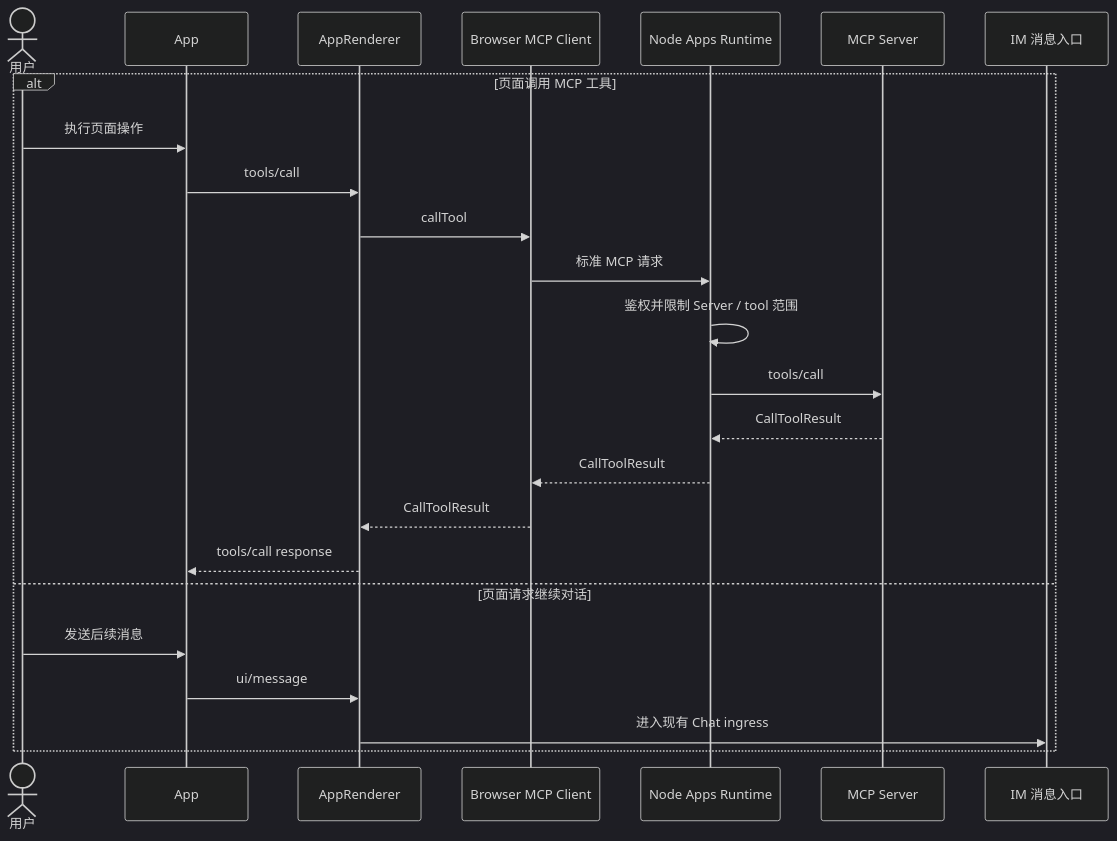
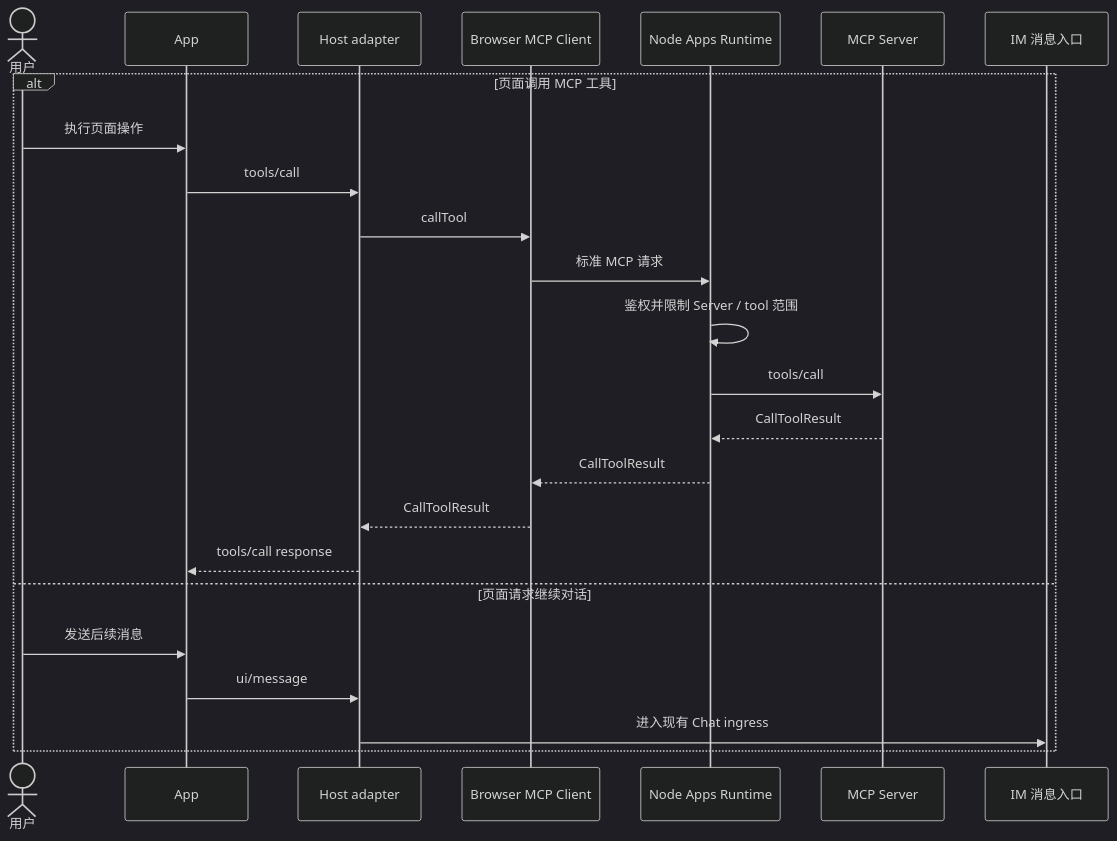
Before and after one commit to glide-the/im-dream: the second of 2 diagrams in docs/design/claude-agent/mcp-apps-client-host-communication.md, drawn with Mermaid (dark theme). The commit also changed other lines of this file and 813 other files, not shown here.

Commit message:
feat(mcp-apps): integrate governed host and consolidate frontend app

````diff
--- a/docs/design/claude-agent/mcp-apps-client-host-communication.md
+++ b/docs/design/claude-agent/mcp-apps-client-host-communication.md
@@ -117,27 +119,27 @@
 ```mermaid
 sequenceDiagram
     actor U as 用户
     participant V as App
-    participant R as AppRenderer
+    participant R as Host adapter
     participant C as Browser MCP Client
     participant N as Node Apps Runtime
     participant S as MCP Server
     participant I as IM 消息入口
 
     alt 页面调用 MCP 工具
         U->>V: 执行页面操作
         V->>R: tools/call
         R->>C: callTool
         C->>N: 标准 MCP 请求
         N->>N: 鉴权并限制 Server / tool 范围
         N->>S: tools/call
         S-->>N: CallToolResult
         N-->>C: CallToolResult
         C-->>R: CallToolResult
         R-->>V: tools/call response
     else 页面请求继续对话
         U->>V: 发送后续消息
         V->>R: ui/message
         R->>I: 进入现有 Chat ingress
     end
 ```
````
